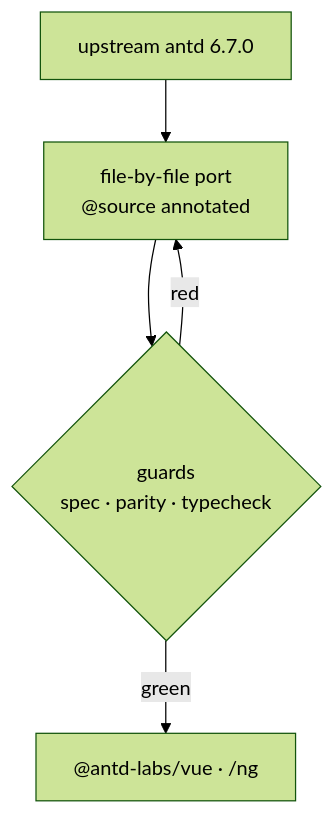
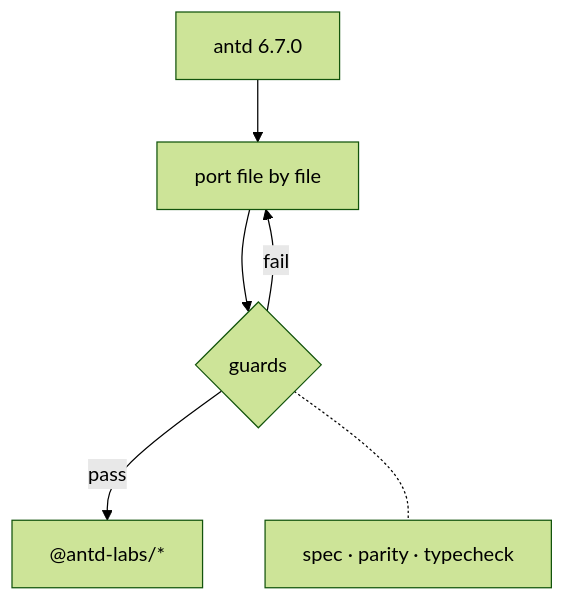
Before and after one commit to antd-ai/.github: the diagram in profile/README.md, drawn with Mermaid (forest theme).

Commit message:
docs: shorten mermaid node labels so GitHub does not clip them

````diff
--- a/profile/README.md
+++ b/profile/README.md
@@ -50,7 +50,8 @@
 ```mermaid
 flowchart TB
-  up["upstream antd 6.7.0"] --> port["file-by-file port<br/>@source annotated"]
-  port --> gate{"guards<br/>spec · parity · typecheck"}
-  gate -- red --> port
-  gate -- green --> out["@antd-labs/vue · /ng"]
+  up["antd 6.7.0"] --> port["port file by file"]
+  port --> gate{"guards"}
+  gate -->|fail| port
+  gate -->|pass| out["@antd-labs/*"]
+  gate -.- check["spec · parity · typecheck"]
 ```
````
